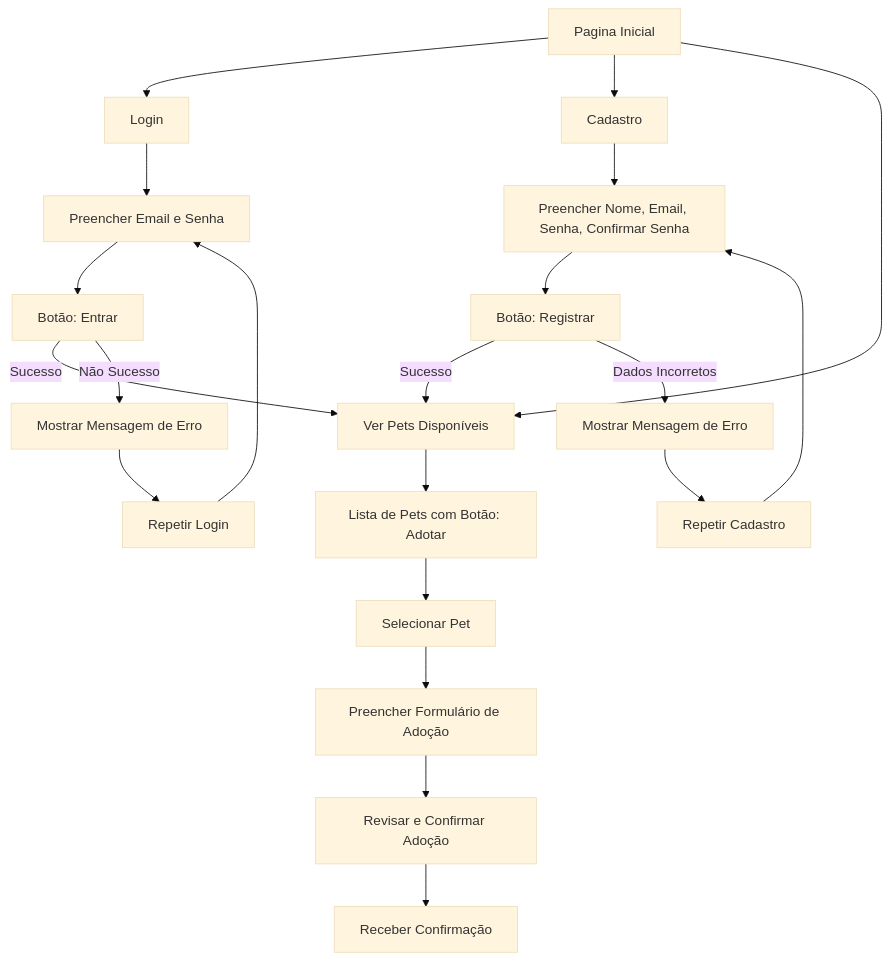
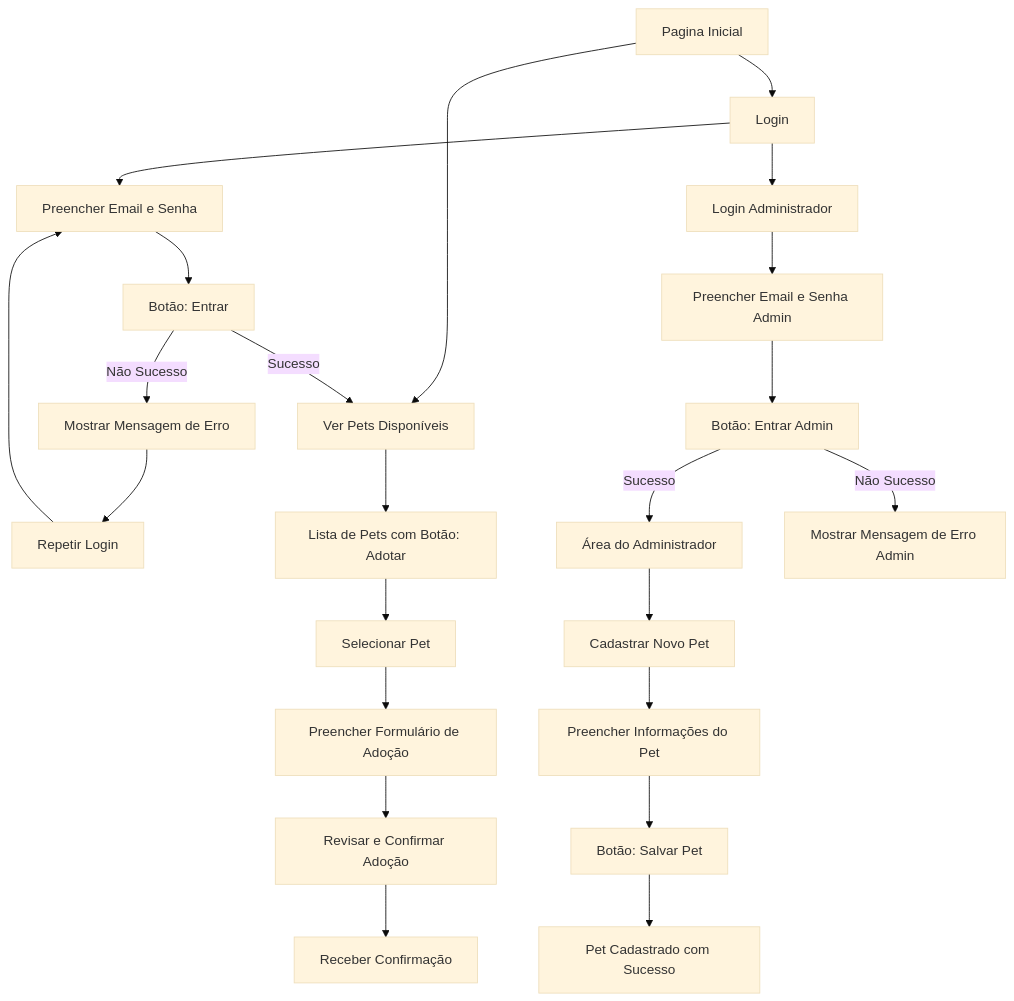
One commit to ICEI-PUC-Minas-PMV-ADS/pmv-ads-2024-2-e2-proj-int-t6-pmv-ads-2024-2-e2-proj-int-t6-IntApplicationProject-Template changed the diagram in docs/04-Projeto de Interface.md. Above: the diagram before and after it, drawn with Mermaid (base theme).

Commit message:
Update 04-Projeto de Interface.md

````diff
--- a/docs/04-Projeto de Interface.md
+++ b/docs/04-Projeto de Interface.md
@@ -11,28 +11,31 @@
 ```mermaid
 graph TD;
-    A[Pagina Inicial] --> B[Login]
-    A --> C[Cadastro]
-    A --> D[Ver Pets Disponíveis]
+    a[Pagina Inicial] --> b[Login]
+    a --> d[Ver Pets Disponíveis]
     
-    B --> E[Preencher Email e Senha]
-    E --> F[Botão: Entrar]
-    F -->|Sucesso| D
-    F -->|Não Sucesso| N[Mostrar Mensagem de Erro]
+    b --> e[Preencher Email e Senha]
+    e --> f[Botão: Entrar]
+    f -->|Sucesso| d
+    f -->|Não Sucesso| n[Mostrar Mensagem de Erro]
 
-    N --> O[Repetir Login]
-    O --> E
+    n --> o[Repetir Login]
+    o --> e
     
-    C --> G[Preencher Nome, Email, Senha, Confirmar Senha]
-    G --> H[Botão: Registrar]
-    H -->|Sucesso| D
-    H -->|Dados Incorretos| P[Mostrar Mensagem de Erro]
+    d --> i[Lista de Pets com Botão: Adotar]
+    i --> j[Selecionar Pet]
+    j --> k[Preencher Formulário de Adoção]
+    k --> l[Revisar e Confirmar Adoção]
+    l --> m[Receber Confirmação]
 
-    P --> Q[Repetir Cadastro]
-    Q --> G
-    
-    D --> I[Lista de Pets com Botão: Adotar]
-    I --> J[Selecionar Pet]
-    J --> K[Preencher Formulário de Adoção]
-    K --> L[Revisar e Confirmar Adoção]
-    L --> M[Receber Confirmação]
+    %% Adicionando a parte de cadastro de pets apenas para administradores
+    b --> r[Login Administrador]
+    r --> s[Preencher Email e Senha Admin]
+    s --> t[Botão: Entrar Admin]
+    t -->|Sucesso| u[Área do Administrador]
+    t -->|Não Sucesso| v[Mostrar Mensagem de Erro Admin]
+
+    u --> w[Cadastrar Novo Pet]
+    w --> x[Preencher Informações do Pet]
+    x --> y[Botão: Salvar Pet]
+    y --> z[Pet Cadastrado com Sucesso]
 ```
````
